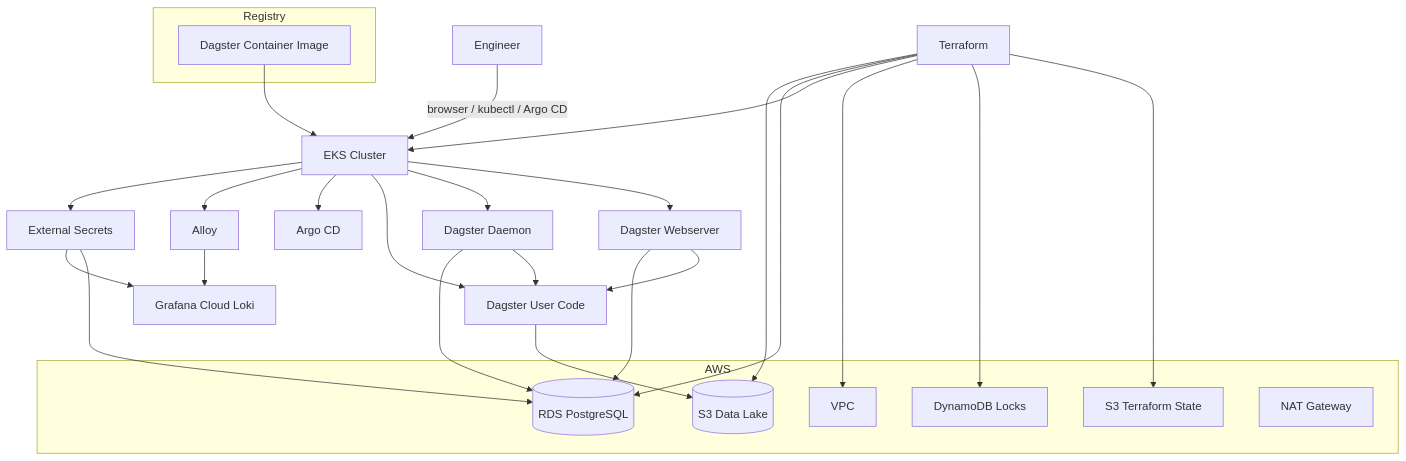
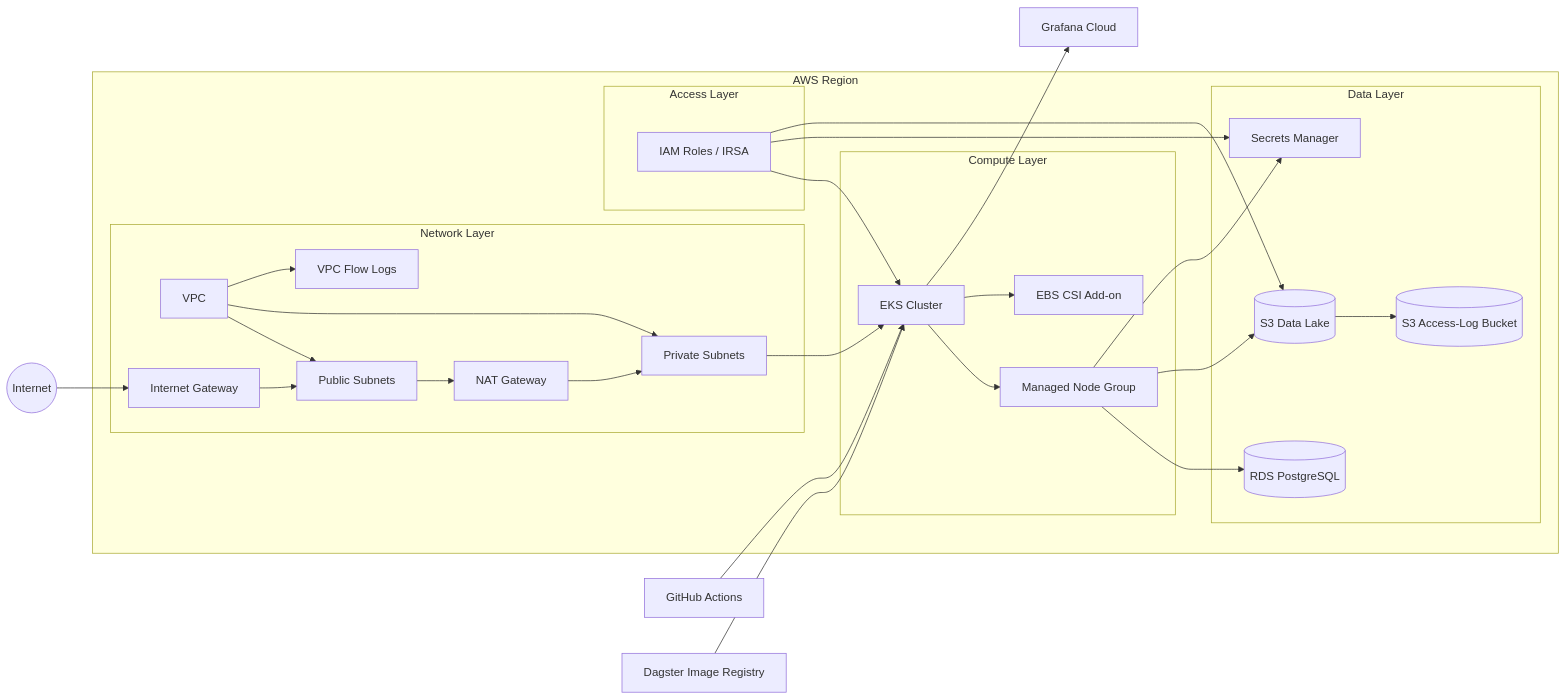
Before and after one commit to BranfordTGbieor/sight-eks-poc-infra: the diagram in README.md, drawn with Mermaid.

Commit message:
Simplify README architecture diagram

````diff
--- a/README.md
+++ b/README.md
@@ -87,41 +87,60 @@
 ```mermaid
-flowchart TD
-  User[Engineer] -->|browser / kubectl / Argo CD| EKS[EKS Cluster]
+flowchart LR
+  Internet((Internet))
+  GH[GitHub Actions]
+  Registry[Dagster Image Registry]
+  GC[Grafana Cloud]
 
-  subgraph AWS
-    S3[S3 Terraform State]
-    Lake[(S3 Data Lake)]
-    DDB[DynamoDB Locks]
-    RDS[(RDS PostgreSQL)]
-    VPC[VPC]
-    NAT[NAT Gateway]
+  subgraph Region["AWS Region"]
+    subgraph Network["Network Layer"]
+      VPC[VPC]
+      IGW[Internet Gateway]
+      Pub[Public Subnets]
+      Priv[Private Subnets]
+      NAT[NAT Gateway]
+      Flow[VPC Flow Logs]
+    end
+
+    subgraph Compute["Compute Layer"]
+      EKS[EKS Cluster]
+      Nodes[Managed Node Group]
+      EBS[EBS CSI Add-on]
+    end
+
+    subgraph Data["Data Layer"]
+      RDS[(RDS PostgreSQL)]
+      Lake[(S3 Data Lake)]
+      Logs[(S3 Access-Log Bucket)]
+      SM[Secrets Manager]
+    end
+
+    subgraph Security["Access Layer"]
+      IAM[IAM Roles / IRSA]
+    end
   end
 
-  subgraph Registry
-    IMG[Dagster Container Image]
-  end
+  Internet --> IGW
+  IGW --> Pub
+  Pub --> NAT
+  NAT --> Priv
+  VPC --> Pub
+  VPC --> Priv
+  VPC --> Flow
 
-  Terraform[Terraform] --> S3
-  Terraform --> DDB
-  Terraform --> VPC
-  Terraform --> EKS
-  Terraform --> RDS
-  Terraform --> Lake
+  Priv --> EKS
+  EKS --> Nodes
+  EKS --> EBS
 
-  EKS --> Web[Dagster Webserver]
-  EKS --> Daemon[Dagster Daemon]
-  EKS --> UserCode[Dagster User Code]
-  EKS --> ArgoCD[Argo CD]
-  EKS --> Alloy[Alloy]
-  EKS --> ESO[External Secrets]
-  Alloy --> GC[Grafana Cloud Loki]
+  Nodes --> RDS
+  Nodes --> Lake
+  Lake --> Logs
+  Nodes --> SM
 
-  Web --> UserCode
-  Daemon --> UserCode
-  Web --> RDS
-  Daemon --> RDS
-  UserCode --> Lake
-  ESO --> RDS
-  ESO --> GC
-  IMG --> EKS
+  IAM --> EKS
+  IAM --> SM
+  IAM --> Lake
+
+  GH --> EKS
+  Registry --> EKS
+  EKS --> GC
 ```
````
